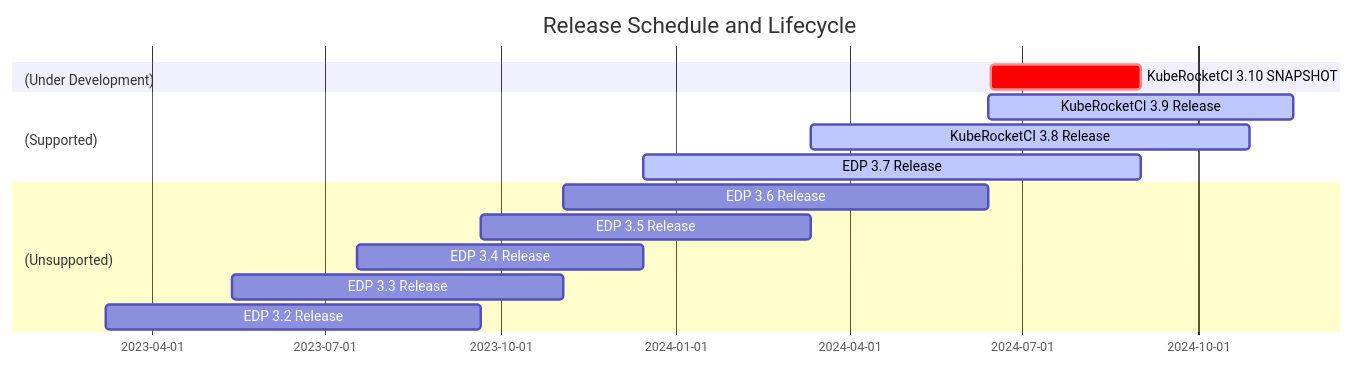
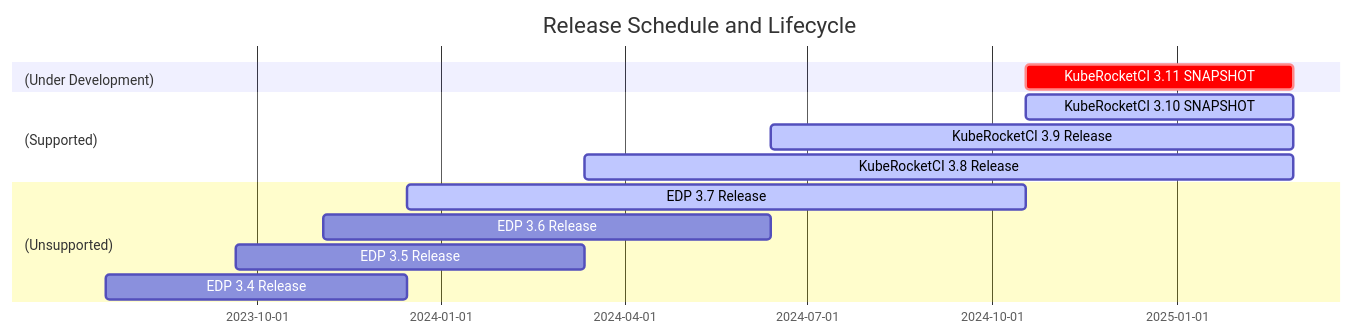
One commit to KubeRocketCI/docs changed the diagram in docs/supported-versions.md. Above: the diagram before and after it, drawn with Mermaid. The commit also changed other lines of this file and 1 other file, not shown here.

Commit message:
docs: Update supported versions page (#311)

````diff
--- a/docs/supported-versions.md
+++ b/docs/supported-versions.md
@@ -6,32 +6,29 @@
 ```mermaid
 gantt
     dateFormat  YYYY-MM-DD
     title Release Schedule and Lifecycle
 
     section (Under Development)
-    KubeRocketCI 3.10 SNAPSHOT: crit, r310, 2024-06-14, 2024-09-01
+    KubeRocketCI 3.11 SNAPSHOT: crit, r40, 2024-10-18, 2025-02-28
 
     section (Supported)
-    KubeRocketCI 3.9 Release: active, r39, 2024-06-13, 160d
+    KubeRocketCI 3.10 SNAPSHOT: active, r40, 2024-10-18, 2025-02-28
 
     section (Supported)
-    KubeRocketCI 3.8 Release: active, r38, 2024-03-12, 230d
+    KubeRocketCI 3.9 Release: active, r39, 2024-06-13, 2025-02-28
 
     section (Supported)
-    EDP 3.7 Release: active, r37, 2023-12-15, 2024-09-01
+    KubeRocketCI 3.8 Release: active, r38, 2024-03-12, 2025-02-28
+
+    section (Unsupported)
+    EDP 3.7 Release: active, r37, 2023-12-15, 2024-10-18
 
     section (Unsupported)
     EDP 3.6 Release: r36, 2023-11-03, 2024-06-13
 
     section (Unsupported)
     EDP 3.5 Release: r35, 2023-09-21, 2024-03-12
 
     section (Unsupported)
     EDP 3.4 Release: r34, 2023-07-18, 2023-12-15
-
-    section (Unsupported)
-    EDP 3.3 Release: r33, 2023-05-13, 2023-11-03
-
-    section (Unsupported)
-    EDP 3.2 Release: r32, 2023-03-08, 2023-09-21
 ```
````
